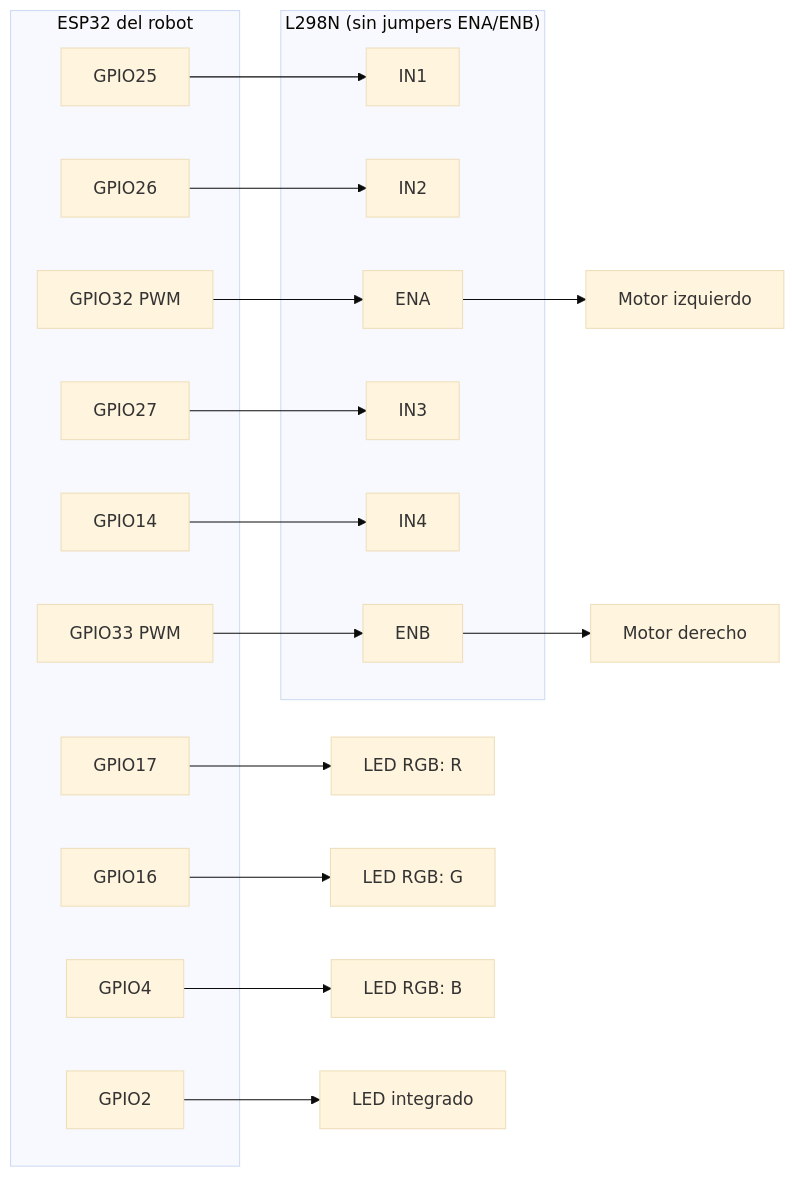
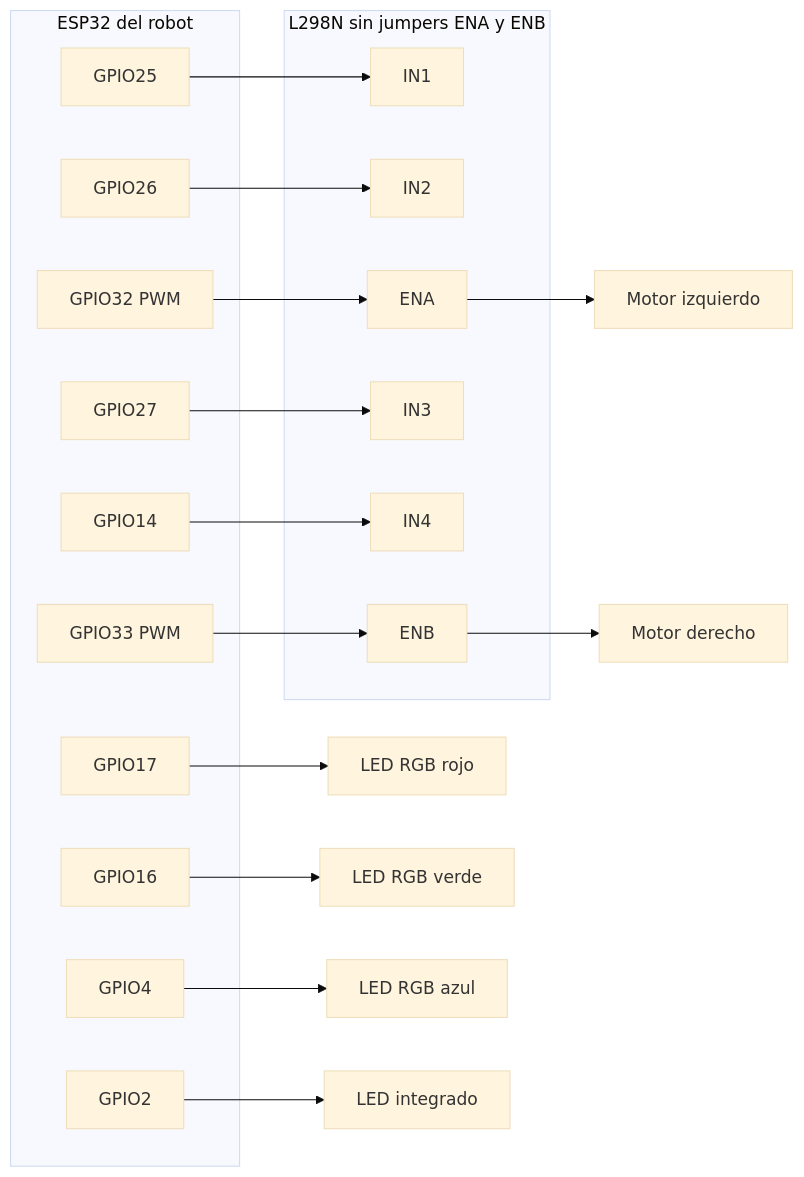
Before and after one commit to Upcast132/Robot-soccer: the eighth of 12 diagrams in docs/INFORME_FUNCIONAMIENTO.md, drawn with Mermaid (base theme). The commit also changed other lines of this file, not shown here.

Commit message:
Fix two mermaid diagrams GitHub could not render
Rename node ids (one was LR, a reserved direction keyword) and use
plain edge labels in the overview and robot pinout diagrams.

````diff
--- a/docs/INFORME_FUNCIONAMIENTO.md
+++ b/docs/INFORME_FUNCIONAMIENTO.md
@@ -206,35 +209,35 @@
 ```mermaid
 flowchart LR
-    subgraph ESP["ESP32 del robot"]
-        G25["GPIO25"]
-        G26["GPIO26"]
-        G32["GPIO32 PWM"]
-        G27["GPIO27"]
-        G14["GPIO14"]
-        G33["GPIO33 PWM"]
-        G17["GPIO17"]
-        G16["GPIO16"]
-        G4["GPIO4"]
-        G2["GPIO2"]
+    subgraph grpEsp["ESP32 del robot"]
+        g25["GPIO25"]
+        g26["GPIO26"]
+        g32["GPIO32 PWM"]
+        g27["GPIO27"]
+        g14["GPIO14"]
+        g33["GPIO33 PWM"]
+        g17["GPIO17"]
+        g16["GPIO16"]
+        g4["GPIO4"]
+        g2["GPIO2"]
     end
-    subgraph DRV["L298N (sin jumpers ENA/ENB)"]
-        IN1["IN1"]
-        IN2["IN2"]
-        ENA["ENA"]
-        IN3["IN3"]
-        IN4["IN4"]
-        ENB["ENB"]
+    subgraph grpDriver["L298N sin jumpers ENA y ENB"]
+        dIn1["IN1"]
+        dIn2["IN2"]
+        dEna["ENA"]
+        dIn3["IN3"]
+        dIn4["IN4"]
+        dEnb["ENB"]
     end
-    G25 --> IN1
-    G26 --> IN2
-    G32 --> ENA
-    G27 --> IN3
-    G14 --> IN4
-    G33 --> ENB
-    ENA --> MI["Motor izquierdo"]
-    ENB --> MD["Motor derecho"]
-    G17 --> LR["LED RGB: R"]
-    G16 --> LG["LED RGB: G"]
-    G4 --> LB["LED RGB: B"]
-    G2 --> LI["LED integrado"]
+    g25 --> dIn1
+    g26 --> dIn2
+    g32 --> dEna
+    g27 --> dIn3
+    g14 --> dIn4
+    g33 --> dEnb
+    dEna --> mIzq["Motor izquierdo"]
+    dEnb --> mDer["Motor derecho"]
+    g17 --> ledRojo["LED RGB rojo"]
+    g16 --> ledVerde["LED RGB verde"]
+    g4 --> ledAzul["LED RGB azul"]
+    g2 --> ledPlaca["LED integrado"]
 ```
````
